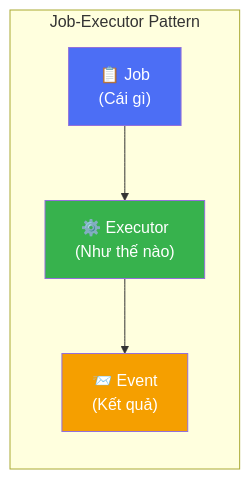
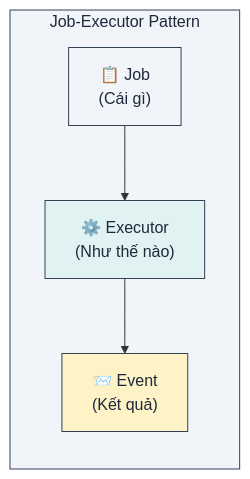
One commit to lploc94/flutter_orchestrator changed the first of 11 diagrams in book/vi/chapters/04_integration.md. Above: the diagram before and after it, drawn with Mermaid. The commit also changed other lines of this file and 3 other files, not shown here.

````diff
--- a/book/vi/chapters/04_integration.md
+++ b/book/vi/chapters/04_integration.md
@@ -15,11 +15,12 @@
 ```mermaid
 graph LR
     subgraph Pattern["Job-Executor Pattern"]
         Job["📋 Job<br/>(Cái gì)"] --> Executor["⚙️ Executor<br/>(Như thế nào)"]
         Executor --> Event["📨 Event<br/>(Kết quả)"]
     end
     
-    style Job fill:#4c6ef5,color:#fff
-    style Executor fill:#37b24d,color:#fff
-    style Event fill:#f59f00,color:#fff
+    style Pattern fill:#f1f5f9,stroke:#334155,color:#1e293b
+    style Job fill:#f1f5f9,stroke:#334155,color:#1e293b
+    style Executor fill:#e0f2f1,stroke:#334155,color:#1e293b
+    style Event fill:#fef3c7,stroke:#334155,color:#1e293b
 ```
````
